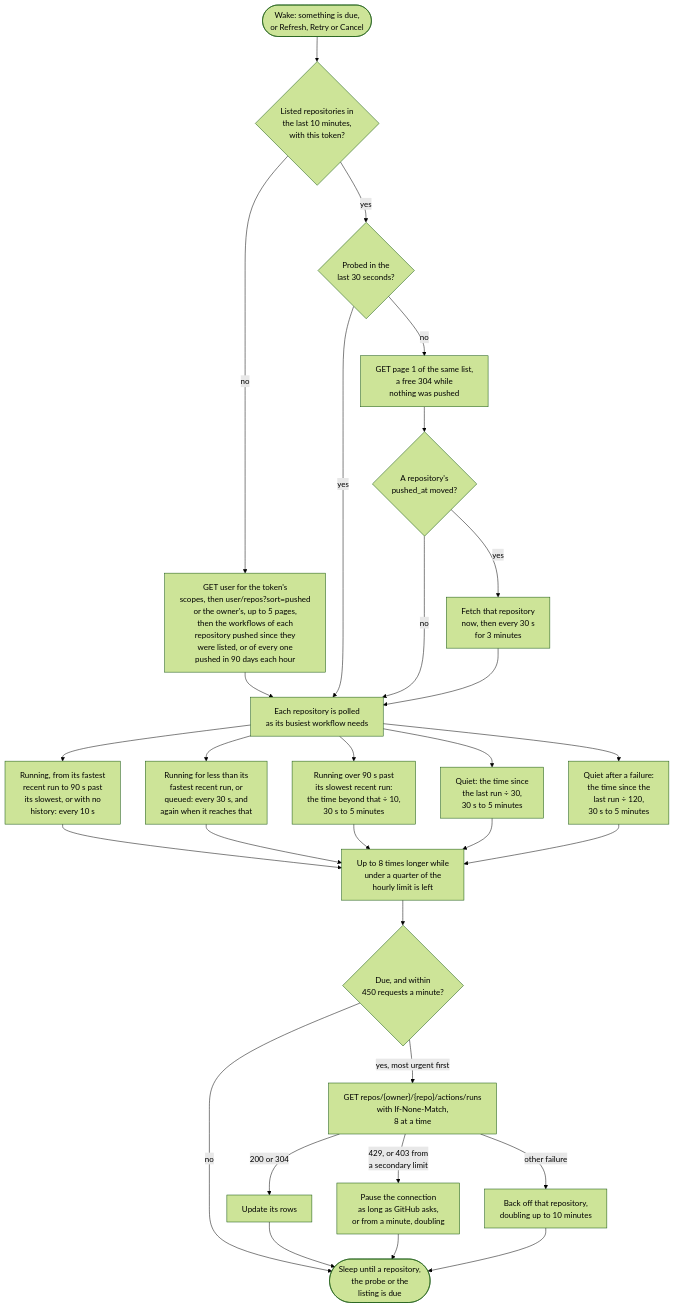
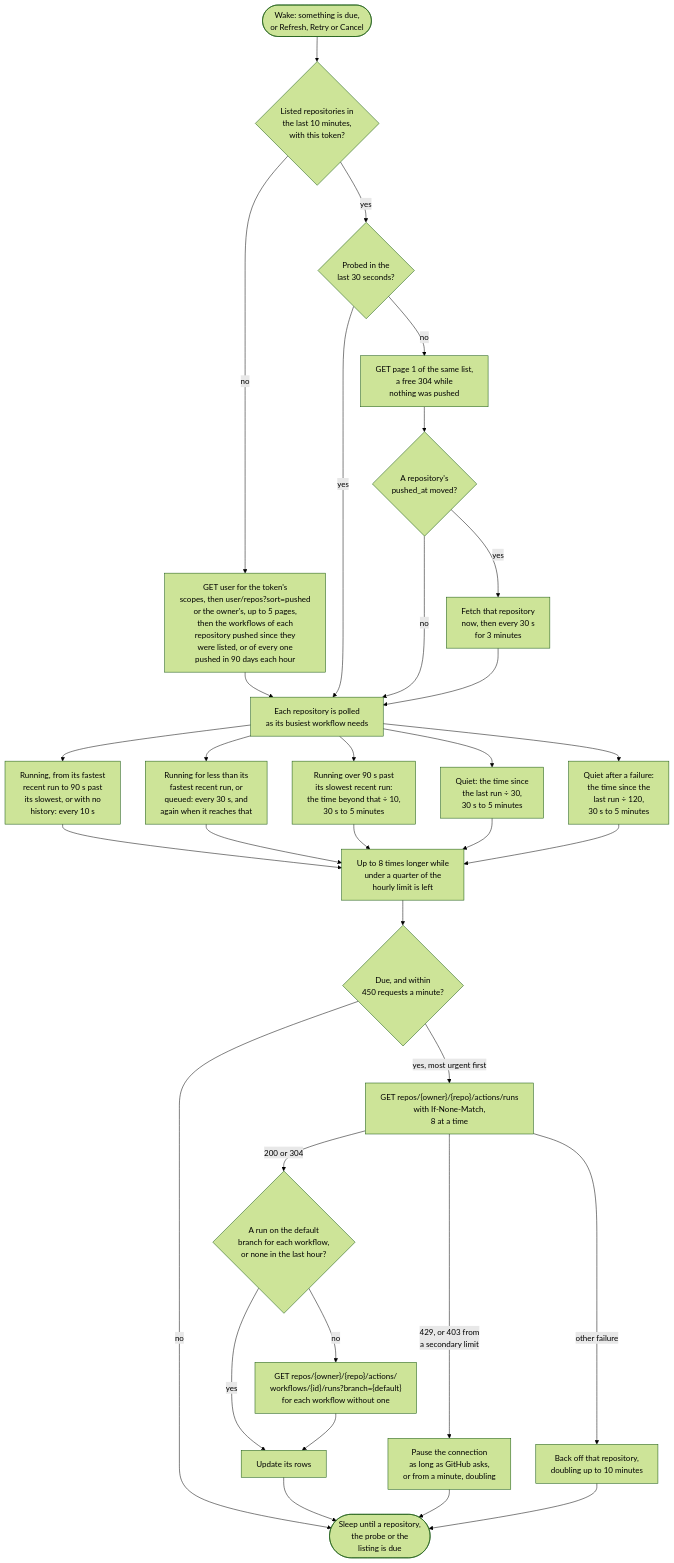
One commit to SimonCropp/BuildMonitor changed the diagram in docs/mdsource/providers/github.source.md. Above: the diagram before and after it, drawn with Mermaid (forest theme). The commit also changed other lines of this file and 3 other files, not shown here.

First line of the commit message:
Fetch a GitHub workflow's newest run on its default branch

````diff
--- a/docs/mdsource/providers/github.source.md
+++ b/docs/mdsource/providers/github.source.md
@@ -40,37 +42,40 @@
 ```mermaid
 ---
 config:
   flowchart:
     wrappingWidth: 400
 ---
 flowchart TD
     wake(["Wake: something is due,<br/>or Refresh, Retry or Cancel"]) --> listed{"Listed repositories in<br/>the last 10 minutes,<br/>with this token?"}
     listed -- "no" --> discover["GET user for the token's<br/>scopes, then user/repos?sort=pushed<br/>or the owner's, up to 5 pages,<br/>then the workflows of each<br/>repository pushed since they<br/>were listed, or of every one<br/>pushed in 90 days each hour"]
     listed -- "yes" --> probed{"Probed in the<br/>last 30 seconds?"}
     probed -- "no" --> probe["GET page 1 of the same list,<br/>a free 304 while<br/>nothing was pushed"]
     probe --> moved{"A repository's<br/>pushed_at moved?"}
     moved -- "yes" --> nudge["Fetch that repository<br/>now, then every 30 s<br/>for 3 minutes"]
     discover --> interval["Each repository is polled<br/>as its busiest workflow needs"]
     probed -- "yes" --> interval
     moved -- "no" --> interval
     nudge --> interval
     interval --> finishing["Running, from its fastest<br/>recent run to 90 s past<br/>its slowest, or with no<br/>history: every 10 s"]
     interval --> running["Running for less than its<br/>fastest recent run, or<br/>queued: every 30 s, and<br/>again when it reaches that"]
     interval --> overrun["Running over 90 s past<br/>its slowest recent run:<br/>the time beyond that ÷ 10,<br/>30 s to 5 minutes"]
     interval --> quiet["Quiet: the time since<br/>the last run ÷ 30,<br/>30 s to 5 minutes"]
     interval --> failed["Quiet after a failure:<br/>the time since the<br/>last run ÷ 120,<br/>30 s to 5 minutes"]
     finishing --> stretch["Up to 8 times longer while<br/>under a quarter of the<br/>hourly limit is left"]
     running --> stretch
     overrun --> stretch
     quiet --> stretch
     failed --> stretch
     stretch --> due{"Due, and within<br/>450 requests a minute?"}
     due -- "no" --> sleep(["Sleep until a repository,<br/>the probe or the<br/>listing is due"])
     due -- "yes, most urgent first" --> fetch["GET repos/{owner}/{repo}/actions/runs<br/>with If-None-Match,<br/>8 at a time"]
-    fetch -- "200 or 304" --> rows["Update its rows"]
+    fetch -- "200 or 304" --> held{"A run on the default<br/>branch for each workflow,<br/>or none in the last hour?"}
+    held -- "yes" --> rows["Update its rows"]
+    held -- "no" --> workflow["GET repos/{owner}/{repo}/actions/<br/>workflows/{id}/runs?branch={default}<br/>for each workflow without one"]
+    workflow --> rows
     fetch -- "429, or 403 from<br/>a secondary limit" --> pause["Pause the connection<br/>as long as GitHub asks,<br/>or from a minute, doubling"]
     fetch -- "other failure" --> backoff["Back off that repository,<br/>doubling up to 10 minutes"]
     rows --> sleep
     pause --> sleep
     backoff --> sleep
 ```
````
